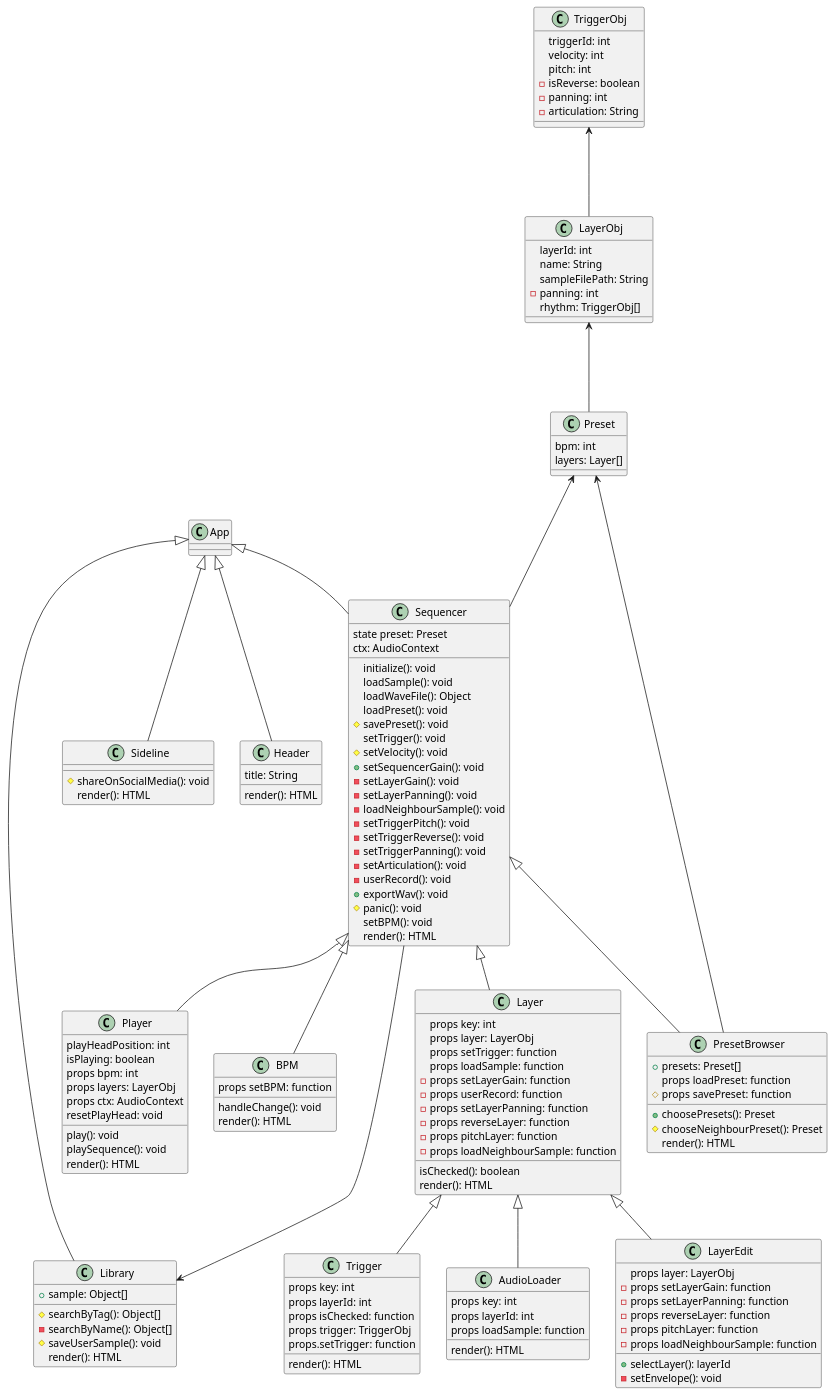
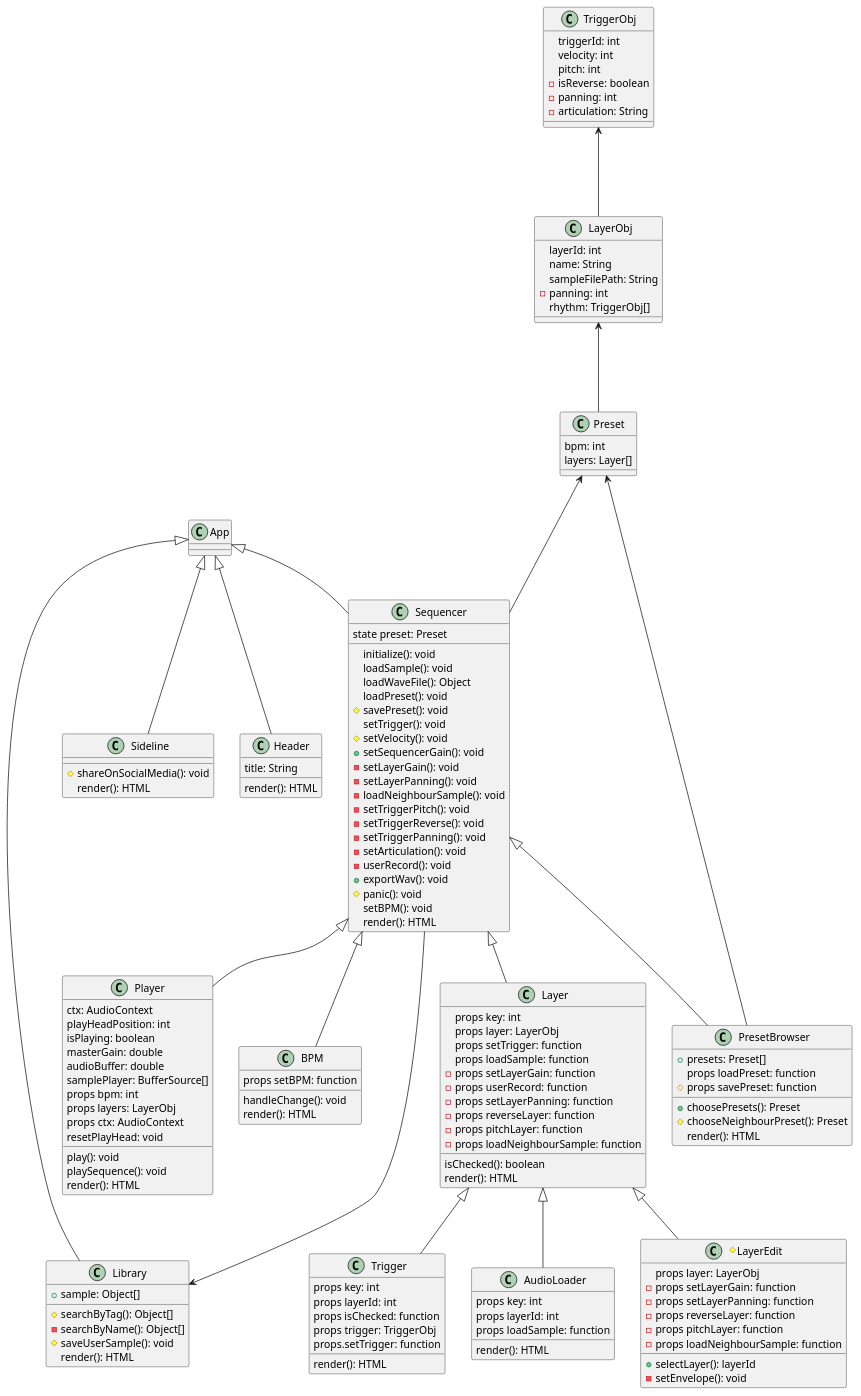
One commit to jakobgetz/TheAudioMachine changed the diagram in the-audio-mashine/src/Global_UML.puml. Above: the diagram before and after it, drawn with PlantUML. The commit also changed 3 other files, not shown here.

Commit message:
-Added a Audiobuffer for synchronized Playback -Added a Master Gain Control

```diff
--- a/the-audio-mashine/src/Global_UML.puml
+++ b/the-audio-mashine/src/Global_UML.puml
@@ -1,143 +1,146 @@
 @startuml
 class App
 
 class Header extends App {
     title: String
     render(): HTML
 }
 
 class Sequencer extends App {
     state preset: Preset
-    ctx: AudioContext
     initialize(): void
     loadSample(): void
     loadWaveFile(): Object
     loadPreset(): void
     #savePreset(): void
     setTrigger(): void
     #setVelocity(): void
     +setSequencerGain(): void
     -setLayerGain(): void
     -setLayerPanning(): void
     -loadNeighbourSample(): void
     -setTriggerPitch(): void
     -setTriggerReverse(): void
     -setTriggerPanning(): void
     -setArticulation(): void
     -userRecord(): void
     +exportWav(): void
     #panic(): void
     setBPM(): void
     render(): HTML
 }
 
 class PresetBrowser extends Sequencer {
     +presets: Preset[]
     props loadPreset: function
     #props savePreset: function
     +choosePresets(): Preset
     #chooseNeighbourPreset(): Preset
     render(): HTML
 }
 
 class BPM extends Sequencer {
     props setBPM: function
     handleChange(): void
     render(): HTML
 }
 
 class Layer extends Sequencer {
     props key: int
     props layer: LayerObj
     props setTrigger: function
     props loadSample: function
     -props setLayerGain: function
     -props userRecord: function
     -props setLayerPanning: function
     -props reverseLayer: function
     -props pitchLayer: function
     -props loadNeighbourSample: function
     isChecked(): boolean
     render(): HTML
 }
 
-class LayerEdit extends Layer {
+#class LayerEdit extends Layer {
     props layer: LayerObj
     -props setLayerGain: function
     -props setLayerPanning: function
     -props reverseLayer: function
     -props pitchLayer: function
     -props loadNeighbourSample: function
     +selectLayer(): layerId
     -setEnvelope(): void
 }
 
 class Trigger extends Layer {
     props key: int
     props layerId: int
     props isChecked: function
     props trigger: TriggerObj
     props.setTrigger: function
     render(): HTML
 }
 
 class AudioLoader extends Layer {
     props key: int
     props layerId: int
     props loadSample: function
     render(): HTML
 }
 
 class Player extends Sequencer {
+    ctx: AudioContext
     playHeadPosition: int
     isPlaying: boolean
+    masterGain: double
+    audioBuffer: double
+    samplePlayer: BufferSource[]
     props bpm: int
     props layers: LayerObj
     props ctx: AudioContext
     play(): void
     playSequence(): void
     resetPlayHead: void
     render(): HTML
 }
 
 class Library extends App {
     +sample: Object[]
     #searchByTag(): Object[]
     -searchByName(): Object[]
     #saveUserSample(): void
     render(): HTML
 }
 
 class Sideline extends App {
     #shareOnSocialMedia(): void
     render(): HTML
 }
 
 class Preset {
     bpm: int
     layers: Layer[]
 }
 
 class LayerObj {
     layerId: int
     name: String
     sampleFilePath: String
     -panning: int
     rhythm: TriggerObj[]
 }
 
 class TriggerObj {
     triggerId: int
     velocity: int
     pitch: int
     -isReverse: boolean
     -panning: int
     -articulation: String
 }
 
 Sequencer ---> Library
 Preset <--- Sequencer
 Preset <--- PresetBrowser
 LayerObj <--- Preset
 TriggerObj <--- LayerObj
 @enduml
```
